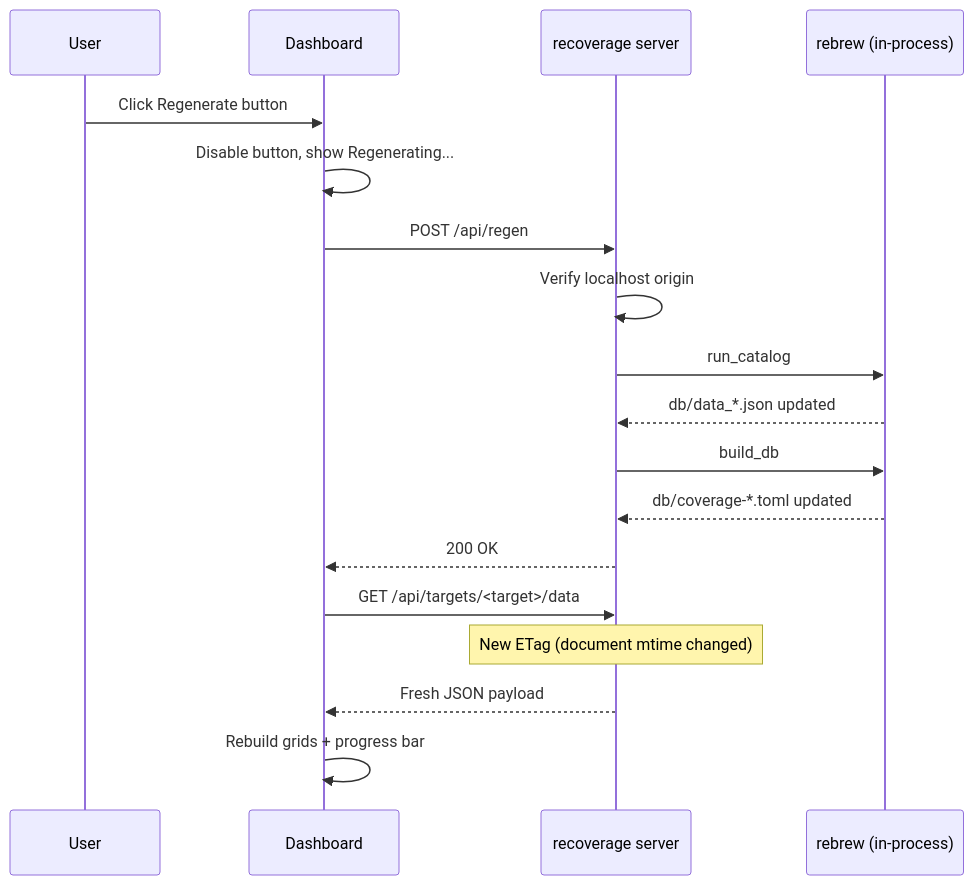
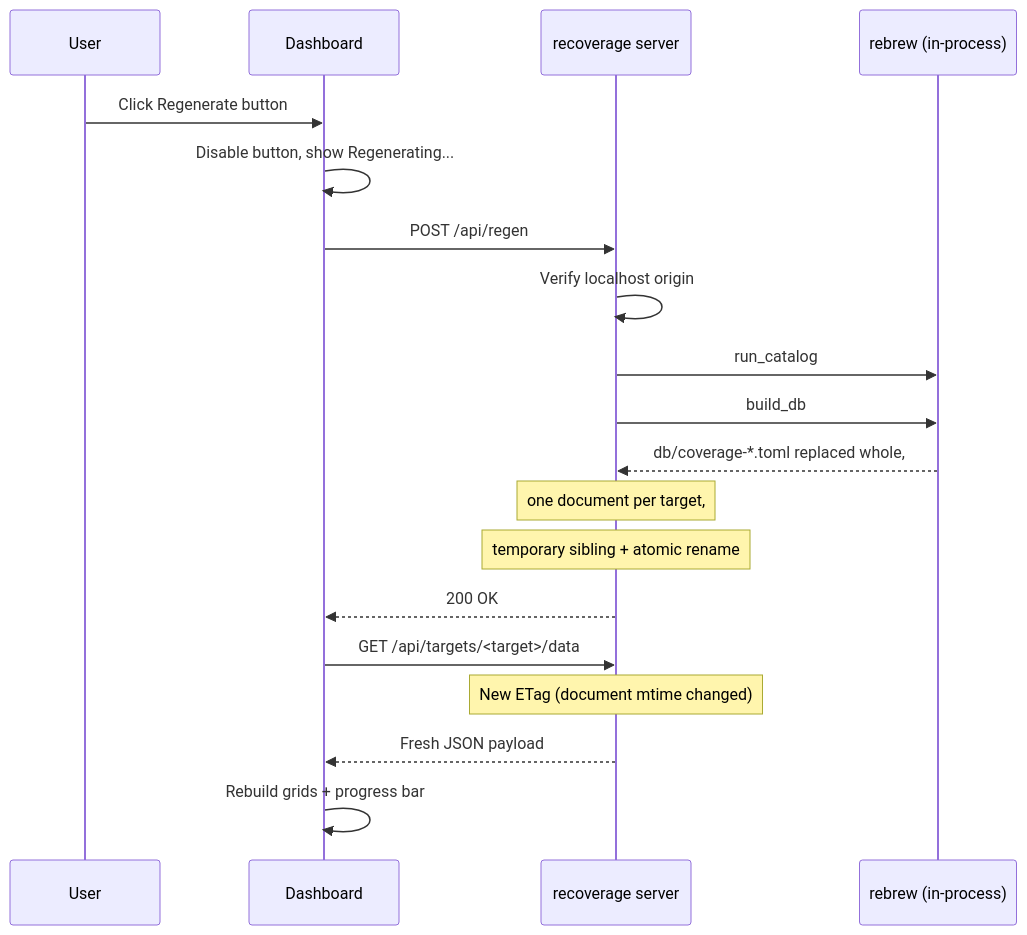
Diagram 11 of 18 in docs/USER_STORIES.md (maci0/recoverage), drawn with Mermaid before and after one commit. The commit also changed other lines of this file and 6 other files, not shown here.

````diff
--- a/docs/USER_STORIES.md
+++ b/docs/USER_STORIES.md
@@ -353,23 +351,24 @@
 ```mermaid
 sequenceDiagram
     participant U as User
     participant UI as Dashboard
     participant Server as recoverage server
     participant Rebrew as rebrew (in-process)
 
     U->>UI: Click Regenerate button
     UI->>UI: Disable button, show Regenerating...
     UI->>Server: POST /api/regen
     Server->>Server: Verify localhost origin
 
     Server->>Rebrew: run_catalog
-    Rebrew-->>Server: db/data_*.json updated
     Server->>Rebrew: build_db
-    Rebrew-->>Server: db/coverage-*.toml updated
+    Rebrew-->>Server: db/coverage-*.toml replaced whole,
+    Note over Server: one document per target,
+    Note over Server: temporary sibling + atomic rename
 
     Server-->>UI: 200 OK
     UI->>Server: GET /api/targets/<target>/data
     Note over Server: New ETag (document mtime changed)
     Server-->>UI: Fresh JSON payload
     UI->>UI: Rebuild grids + progress bar
 ```
````
